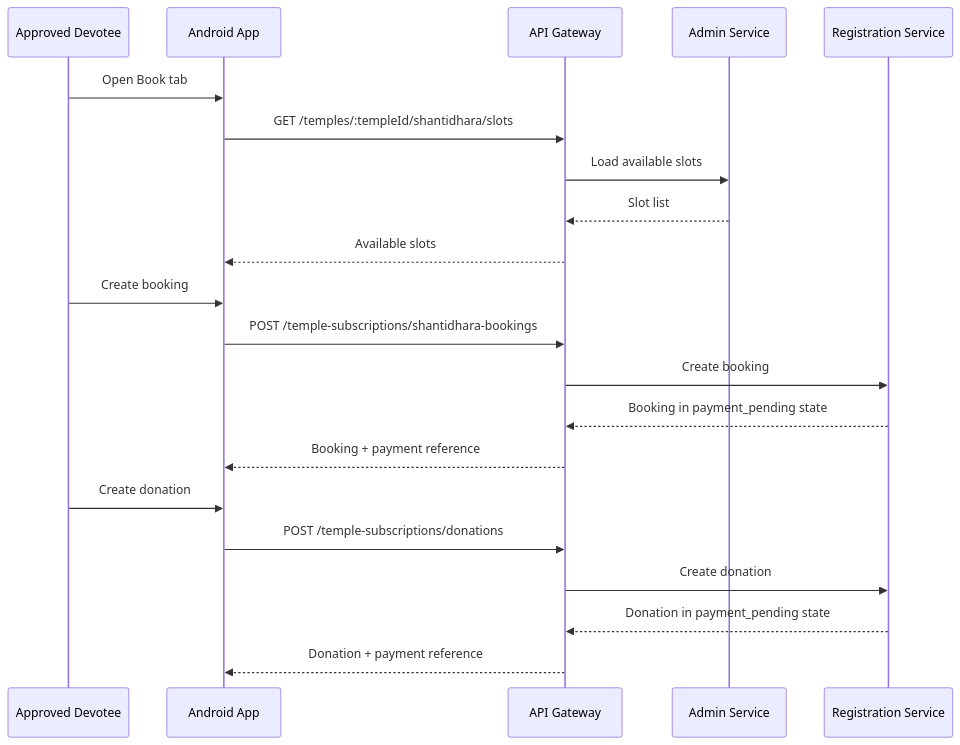
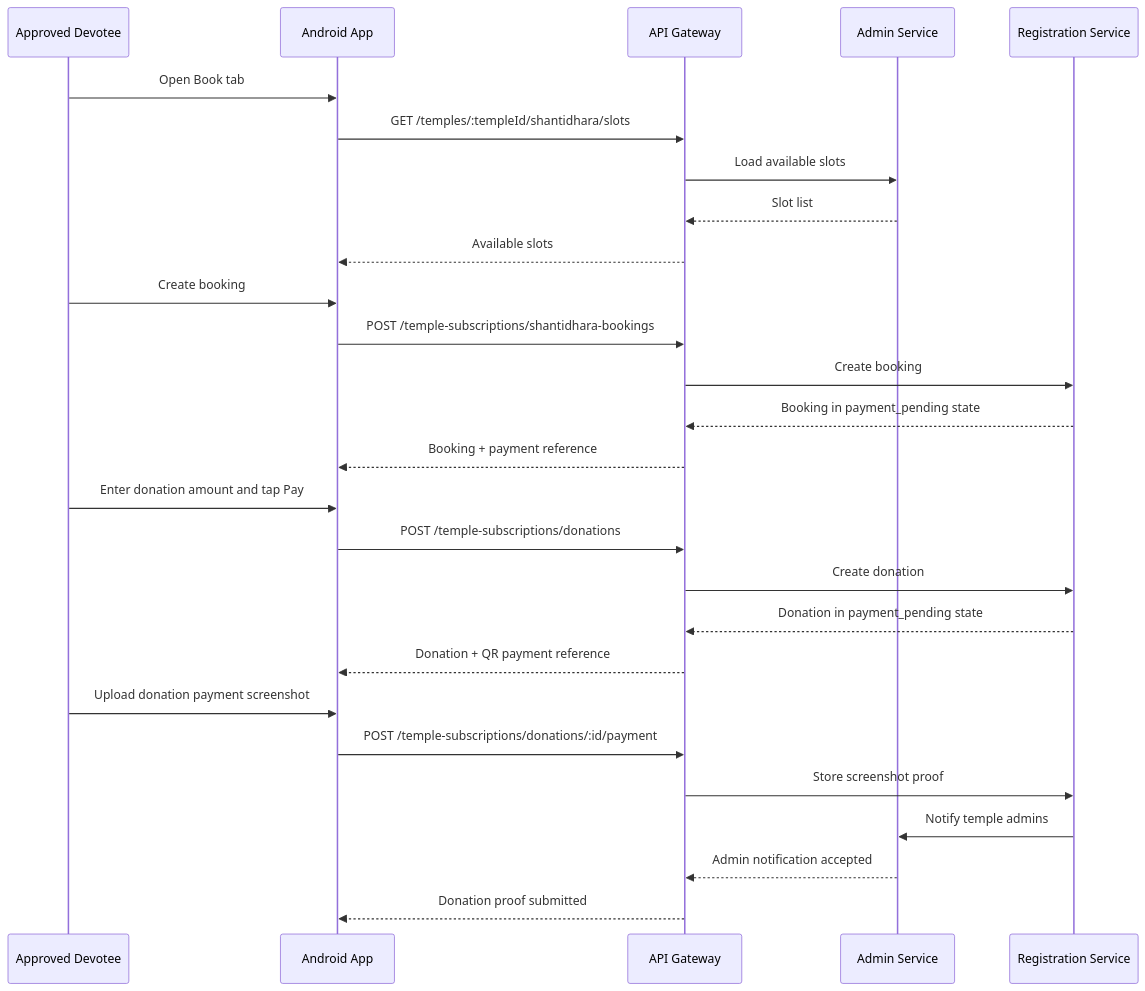
The fourth of 5 diagrams in docs/temple-app-phase1-fresh-architecture.md (apoorv2009/temple-infra), drawn with Mermaid before and after one commit. The commit also changed other lines of this file and 1 other file, not shown here.

Commit message:
docs: update donation qr payment workflow

````diff
--- a/docs/temple-app-phase1-fresh-architecture.md
+++ b/docs/temple-app-phase1-fresh-architecture.md
@@ -305,26 +304,33 @@
 ```mermaid
 sequenceDiagram
     participant U as Approved Devotee
     participant FE as Android App
     participant GW as API Gateway
     participant ADM as Admin Service
     participant REG as Registration Service
 
     U->>FE: Open Book tab
     FE->>GW: GET /temples/:templeId/shantidhara/slots
     GW->>ADM: Load available slots
     ADM-->>GW: Slot list
     GW-->>FE: Available slots
 
     U->>FE: Create booking
     FE->>GW: POST /temple-subscriptions/shantidhara-bookings
     GW->>REG: Create booking
     REG-->>GW: Booking in payment_pending state
     GW-->>FE: Booking + payment reference
 
-    U->>FE: Create donation
+    U->>FE: Enter donation amount and tap Pay
     FE->>GW: POST /temple-subscriptions/donations
     GW->>REG: Create donation
     REG-->>GW: Donation in payment_pending state
-    GW-->>FE: Donation + payment reference
+    GW-->>FE: Donation + QR payment reference
+
+    U->>FE: Upload donation payment screenshot
+    FE->>GW: POST /temple-subscriptions/donations/:id/payment
+    GW->>REG: Store screenshot proof
+    REG->>ADM: Notify temple admins
+    ADM-->>GW: Admin notification accepted
+    GW-->>FE: Donation proof submitted
 ```
````
